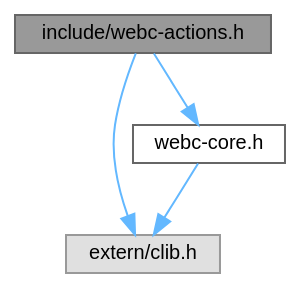
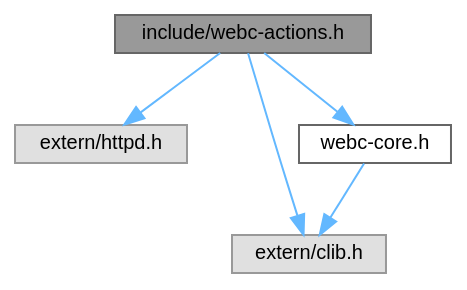
Before and after one commit to KDesp73/webc-docs: the diagram in docs/webc-actions_8h__incl.dot, drawn with Graphviz. The commit also changed 51 other files, not shown here.

```diff
--- a/docs/webc-actions_8h__incl.dot
+++ b/docs/webc-actions_8h__incl.dot
@@ -1,13 +1,15 @@
 digraph "include/webc-actions.h"
 {
  // LATEX_PDF_SIZE
   bgcolor="transparent";
   edge [fontname=Helvetica,fontsize=10,labelfontname=Helvetica,labelfontsize=10];
   node [fontname=Helvetica,fontsize=10,shape=box,height=0.2,width=0.4];
   Node1 [id="Node000001",label="include/webc-actions.h",height=0.2,width=0.4,color="gray40", fillcolor="grey60", style="filled", fontcolor="black",tooltip=" "];
   Node1 -> Node2 [id="edge1_Node000001_Node000002",color="steelblue1",style="solid",tooltip=" "];
-  Node2 [id="Node000002",label="extern/clib.h",height=0.2,width=0.4,color="grey60", fillcolor="#E0E0E0", style="filled",tooltip=" "];
+  Node2 [id="Node000002",label="extern/httpd.h",height=0.2,width=0.4,color="grey60", fillcolor="#E0E0E0", style="filled",tooltip=" "];
   Node1 -> Node3 [id="edge2_Node000001_Node000003",color="steelblue1",style="solid",tooltip=" "];
-  Node3 [id="Node000003",label="webc-core.h",height=0.2,width=0.4,color="grey40", fillcolor="white", style="filled",URL="$webc-core_8h.html",tooltip=" "];
-  Node3 -> Node2 [id="edge3_Node000003_Node000002",color="steelblue1",style="solid",tooltip=" "];
+  Node3 [id="Node000003",label="extern/clib.h",height=0.2,width=0.4,color="grey60", fillcolor="#E0E0E0", style="filled",tooltip=" "];
+  Node1 -> Node4 [id="edge3_Node000001_Node000004",color="steelblue1",style="solid",tooltip=" "];
+  Node4 [id="Node000004",label="webc-core.h",height=0.2,width=0.4,color="grey40", fillcolor="white", style="filled",URL="$webc-core_8h.html",tooltip=" "];
+  Node4 -> Node3 [id="edge4_Node000004_Node000003",color="steelblue1",style="solid",tooltip=" "];
 }
```
